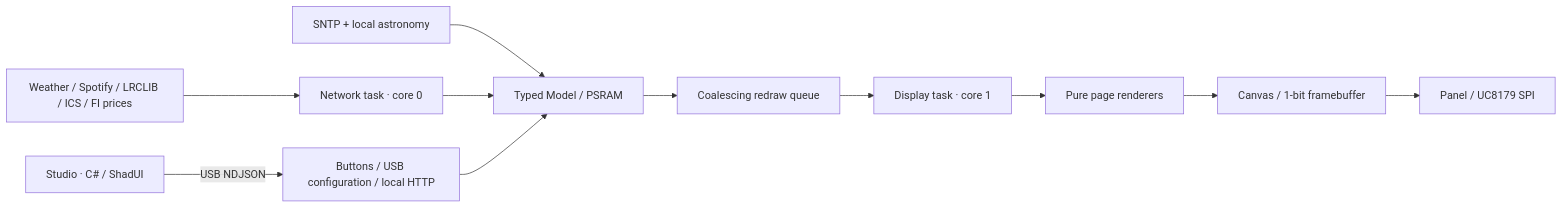
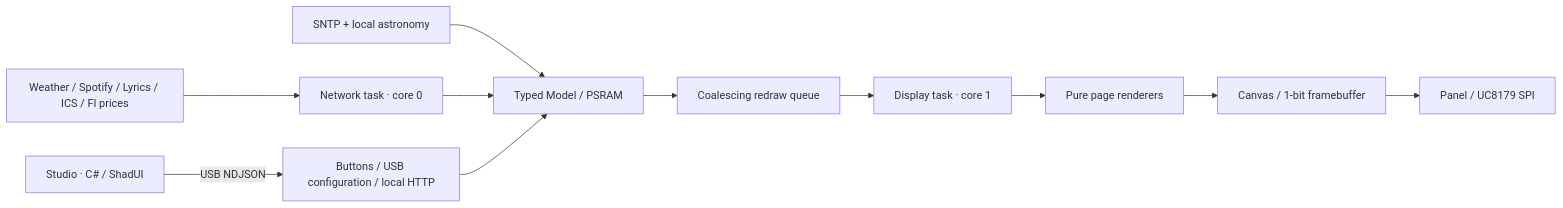
One commit to DynamixYANG/InkOS changed the diagram in docs/ARCHITECTURE.md. Above: the diagram before and after it, drawn with Mermaid. The commit also changed other lines of this file and 238 other files, not shown here.

````diff
--- a/docs/ARCHITECTURE.md
+++ b/docs/ARCHITECTURE.md
@@ -9,13 +9,13 @@
 ```mermaid
 flowchart LR
-  P[Weather / Spotify / LRCLIB / ICS / FI prices] --> N[Network task · core 0]
+  P[Weather / Spotify / Lyrics / ICS / FI prices] --> N[Network task · core 0]
   T[SNTP + local astronomy] --> M[Typed Model / PSRAM]
   N --> M
   U[Buttons / USB configuration / local HTTP] --> M
   M --> Q[Coalescing redraw queue]
   Q --> D[Display task · core 1]
   D --> R[Pure page renderers]
   R --> C[Canvas / 1-bit framebuffer]
   C --> E[Panel / UC8179 SPI]
   S[Studio · C# / ShadUI] -->|USB NDJSON| U
 ```
````
